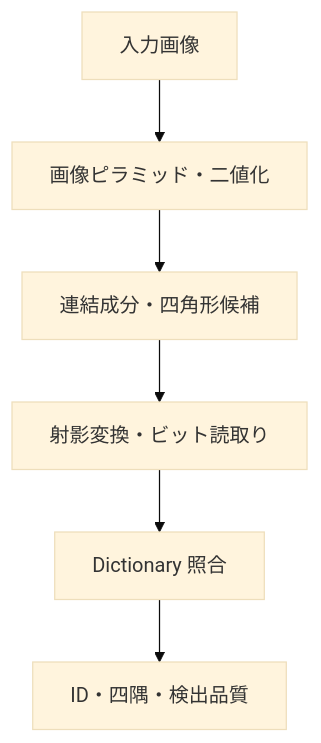
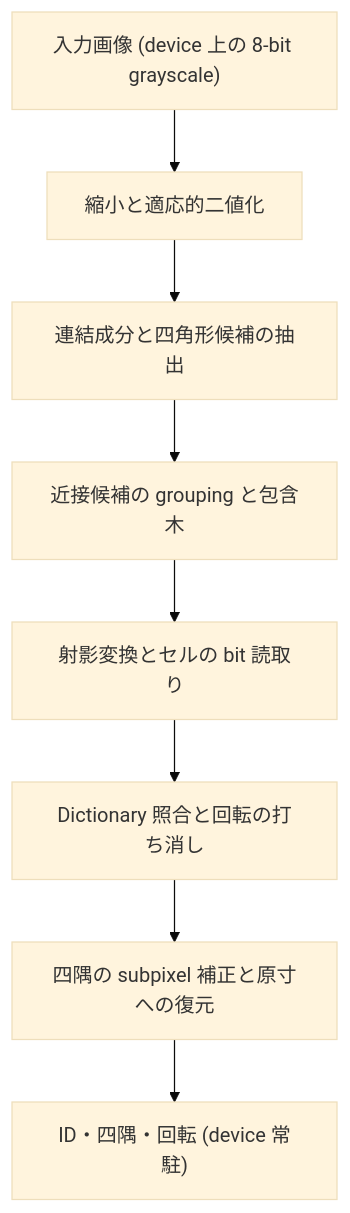
One commit to MasakazuTobeta/ArUco3-CUDA changed the diagram in README.md. Above: the diagram before and after it, drawn with Mermaid (base theme). The commit also changed other lines of this file and 55 other files, not shown here.

````diff
--- a/README.md
+++ b/README.md
@@ -36,8 +20,10 @@
 ```mermaid
 flowchart TD
-    A["入力画像"] --> B["画像ピラミッド・二値化"]
-    B --> C["連結成分・四角形候補"]
-    C --> D["射影変換・ビット読取り"]
-    D --> E["Dictionary 照合"]
-    E --> F["ID・四隅・検出品質"]
+    A["入力画像 (device 上の 8-bit grayscale)"] --> B["縮小と適応的二値化"]
+    B --> C["連結成分と四角形候補の抽出"]
+    C --> D["近接候補の grouping と包含木"]
+    D --> E["射影変換とセルの bit 読取り"]
+    E --> F["Dictionary 照合と回転の打ち消し"]
+    F --> G["四隅の subpixel 補正と原寸への復元"]
+    G --> H["ID・四隅・回転 (device 常駐)"]
 ```
````
